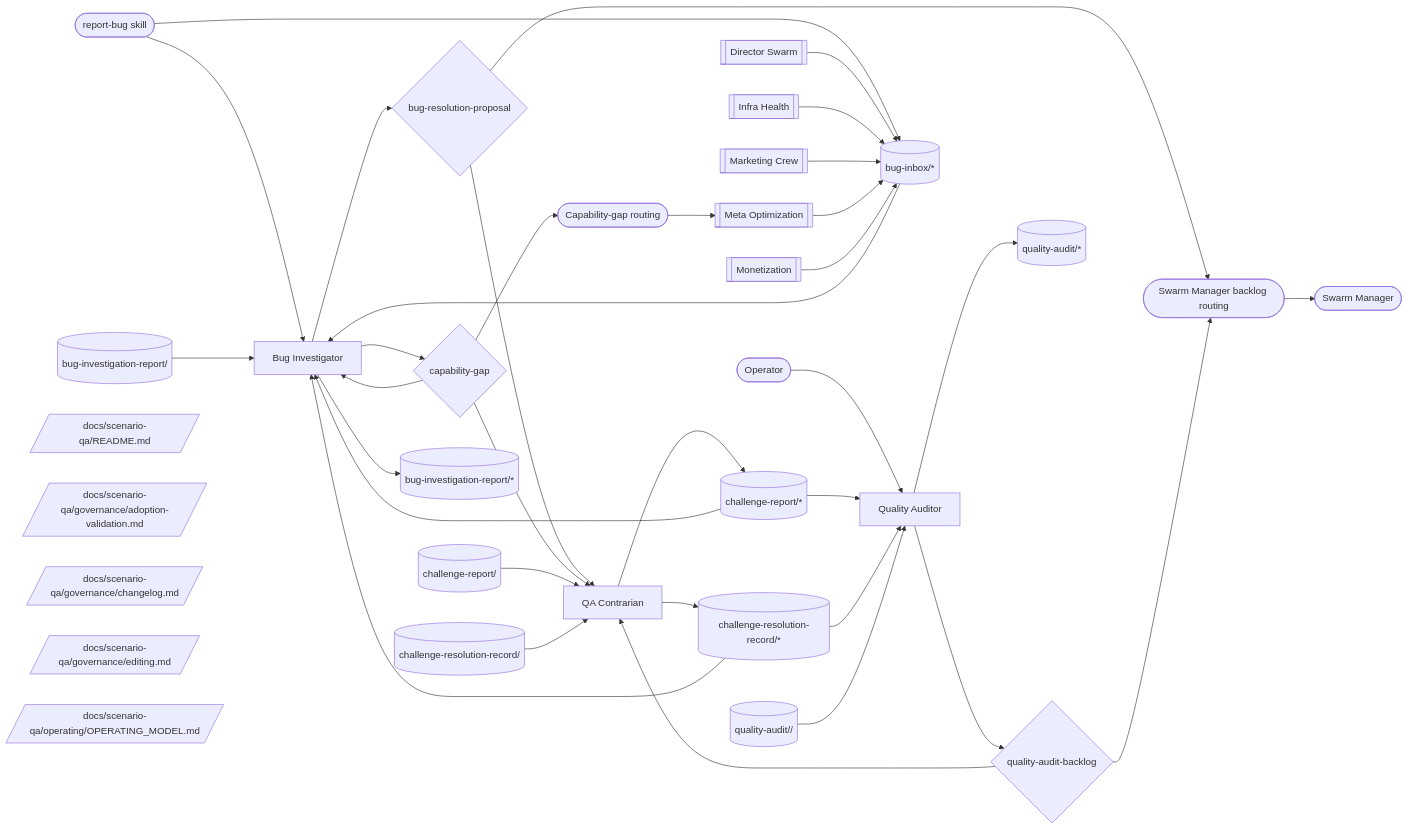
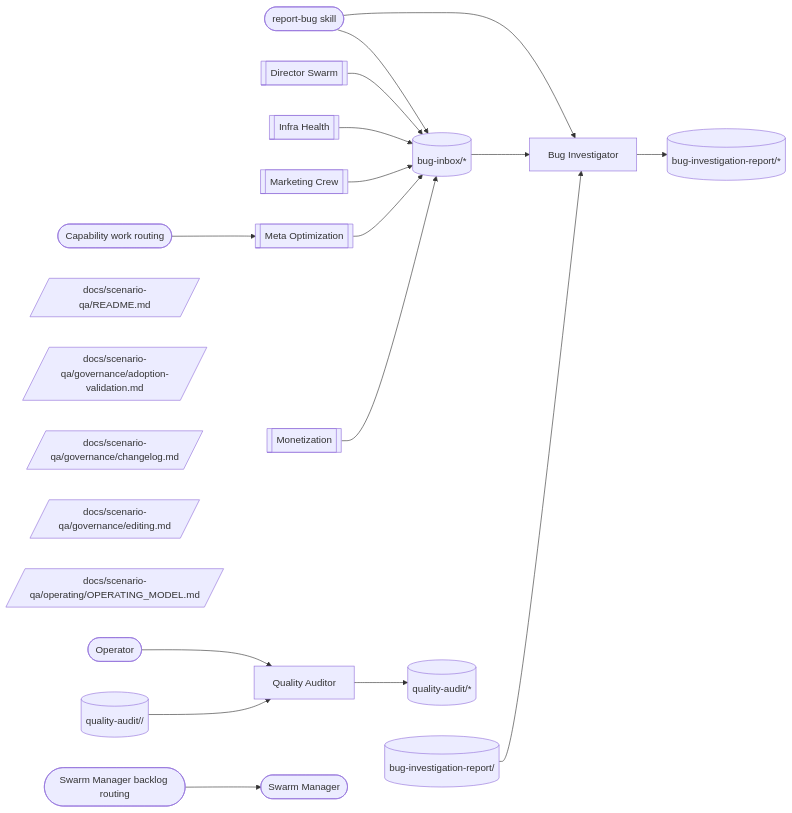
The diagram in docs/scenario-qa/operating/OPERATING_MODEL.md (Vrooli/Vrooli), drawn with Mermaid before and after one commit. The commit also changed other lines of this file and 540 other files, not shown here.

````diff
--- a/docs/scenario-qa/operating/OPERATING_MODEL.md
+++ b/docs/scenario-qa/operating/OPERATING_MODEL.md
@@ -61,18 +62,26 @@
   BACKLOG([Swarm Manager backlog routing])
   %% @node BI member:bug-investigator
   BI[Bug Investigator]
-  %% @node BUGDEC decision:bug-resolution-proposal
-  BUGDEC{bug-resolution-proposal}
+  %% @node BUGINBOX topic:bug-inbox/*
+  BUGINBOX[(bug-inbox/*)]
+  %% @node BUGINVESTIGA topic:bug-investigation-report/*
+  BUGINVESTIGA[(bug-investigation-report/*)]
   %% @node BUGREP topic:bug-investigation-report/<slug>
   BUGREP[(bug-investigation-report/<slug>)]
-  %% @node CAP decision:capability-gap
-  CAP{capability-gap}
-  %% @node CHAL topic:challenge-report/<slug>
-  CHAL[(challenge-report/<slug>)]
   %% @node DIR team:director-swarm
   DIR[[Director Swarm]]
-  %% @node GAPROUTE process:capability-gap-routing
-  GAPROUTE([Capability-gap routing])
+  %% @node DOCSSCENARIO por:docs/scenario-qa/README.md
+  DOCSSCENARIO[/docs/scenario-qa/README.md/]
+  %% @node DOCSSCENARIO2 por:docs/scenario-qa/governance/adoption-validation.md
+  DOCSSCENARIO2[/docs/scenario-qa/governance/adoption-validation.md/]
+  %% @node DOCSSCENARIO3 por:docs/scenario-qa/governance/changelog.md
+  DOCSSCENARIO3[/docs/scenario-qa/governance/changelog.md/]
+  %% @node DOCSSCENARIO4 por:docs/scenario-qa/governance/editing.md
+  DOCSSCENARIO4[/docs/scenario-qa/governance/editing.md/]
+  %% @node DOCSSCENARIO5 por:docs/scenario-qa/operating/OPERATING_MODEL.md
+  DOCSSCENARIO5[/docs/scenario-qa/operating/OPERATING_MODEL.md/]
+  %% @node GAPROUTE process:work-item-routing
+  GAPROUTE([Capability work routing])
   %% @node INFRA team:infra-health
   INFRA[[Infra Health]]
   %% @node META_IN team:meta-optimization
@@ -85,55 +94,19 @@
   OP([Operator])
   %% @node QA member:quality-auditor
   QA[Quality Auditor]
-  %% @node QBACK decision:quality-audit-backlog
-  QBACK{quality-audit-backlog}
-  %% @node QC member:qa-contrarian
-  QC[QA Contrarian]
+  %% @node QUALITYAUDIT topic:quality-audit/*
+  QUALITYAUDIT[(quality-audit/*)]
   %% @node QUAUD topic:quality-audit/<scenario-id>/<skill-id>
   QUAUD[(quality-audit/<scenario-id>/<skill-id>)]
   %% @node RB external:report-bug
   RB([report-bug skill])
-  %% @node RES topic:challenge-resolution-record/<slug>
-  RES[(challenge-resolution-record/<slug>)]
   %% @node SWARM external:swarm-manager
   SWARM([Swarm Manager])
-  %% @node DOCSSCENARIO por:docs/scenario-qa/README.md
-  DOCSSCENARIO[/docs/scenario-qa/README.md/]
-  %% @node DOCSSCENARIO2 por:docs/scenario-qa/governance/adoption-validation.md
-  DOCSSCENARIO2[/docs/scenario-qa/governance/adoption-validation.md/]
-  %% @node DOCSSCENARIO3 por:docs/scenario-qa/governance/changelog.md
-  DOCSSCENARIO3[/docs/scenario-qa/governance/changelog.md/]
-  %% @node DOCSSCENARIO4 por:docs/scenario-qa/governance/editing.md
-  DOCSSCENARIO4[/docs/scenario-qa/governance/editing.md/]
-  %% @node DOCSSCENARIO5 por:docs/scenario-qa/operating/OPERATING_MODEL.md
-  DOCSSCENARIO5[/docs/scenario-qa/operating/OPERATING_MODEL.md/]
-  %% @node BUGINBOX topic:bug-inbox/*
-  BUGINBOX[(bug-inbox/*)]
-  %% @node BUGINVESTIGA topic:bug-investigation-report/*
-  BUGINVESTIGA[(bug-investigation-report/*)]
-  %% @node CHALLENGEREP topic:challenge-report/*
-  CHALLENGEREP[(challenge-report/*)]
-  %% @node CHALLENGERES topic:challenge-resolution-record/*
-  CHALLENGERES[(challenge-resolution-record/*)]
-  %% @node QUALITYAUDIT topic:quality-audit/*
-  QUALITYAUDIT[(quality-audit/*)]
 
-  BUGDEC --> QC
-  BUGDEC --> BACKLOG
-  CAP --> BI
-  CAP --> QC
-  CAP --> GAPROUTE
-  QBACK --> QC
-  QBACK --> BACKLOG
   OP --> QA
   RB --> BI
   RB --> BUGINBOX
-  BI --> BUGDEC
-  BI --> CAP
   BI --> BUGINVESTIGA
-  QC --> CHALLENGEREP
-  QC --> CHALLENGERES
-  QA --> QBACK
   QA --> QUALITYAUDIT
   GAPROUTE --> META_IN
   BACKLOG --> SWARM
@@ -144,11 +117,5 @@
   MON --> BUGINBOX
   BUGINBOX --> BI
   BUGREP --> BI
-  CHALLENGEREP --> BI
-  CHALLENGEREP --> QA
-  CHAL --> QC
-  CHALLENGERES --> BI
-  CHALLENGERES --> QA
-  RES --> QC
   QUAUD --> QA
 ```
````
